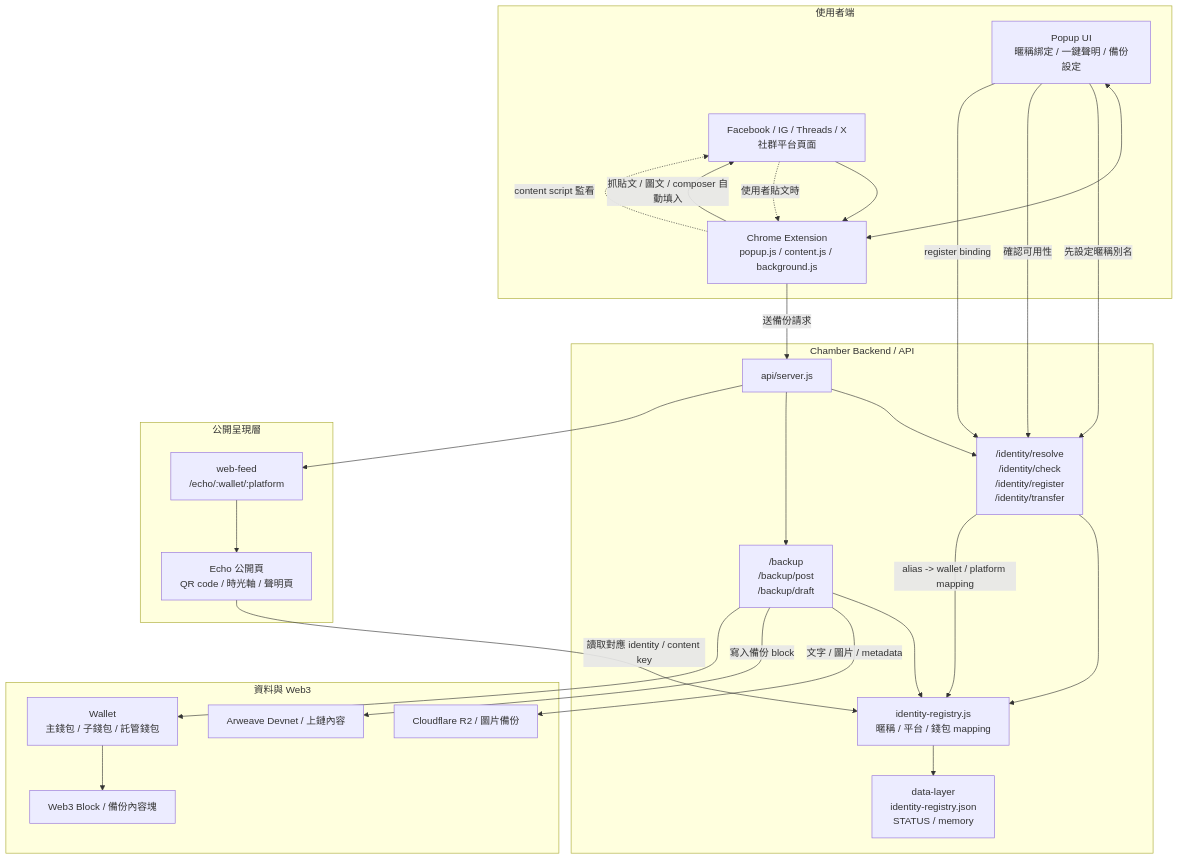
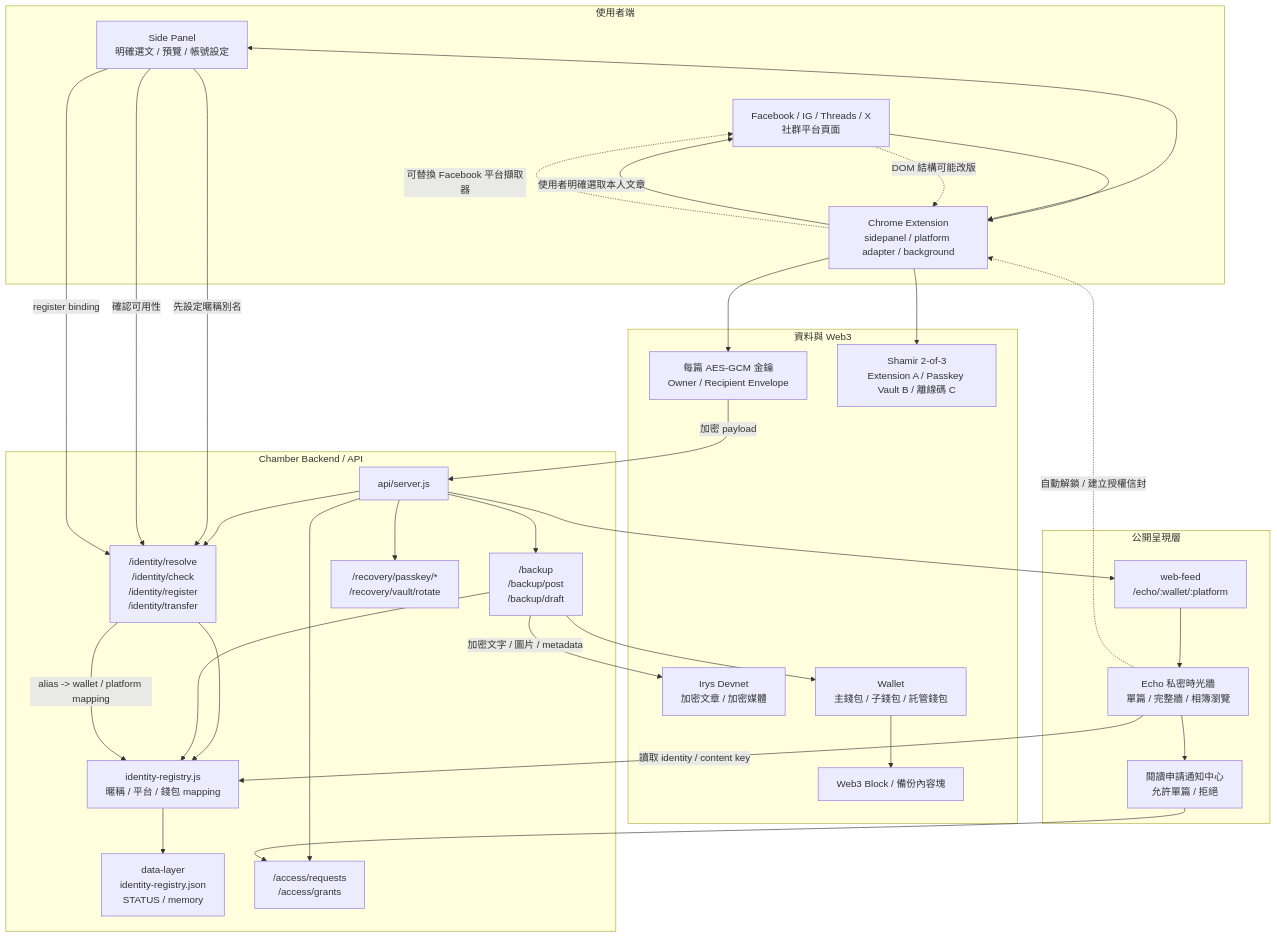
One commit to alston-personal/chamber changed the diagram in docs/architecture.md. Above: the diagram before and after it, drawn with Mermaid. The commit also changed other lines of this file and 41 other files, not shown here.

````diff
--- a/docs/architecture.md
+++ b/docs/architecture.md
@@ -7,56 +7,66 @@
 ```mermaid
 flowchart TB
   subgraph Client["使用者端"]
     FB["Facebook / IG / Threads / X<br/>社群平台頁面"]
-    EXT["Chrome Extension<br/>popup.js / content.js / background.js"]
-    UI["Popup UI<br/>暱稱綁定 / 一鍵聲明 / 備份設定"]
+    EXT["Chrome Extension<br/>sidepanel / platform adapter / background"]
+    UI["Side Panel<br/>明確選文 / 預覽 / 帳號設定"]
   end
 
   subgraph Backend["Chamber Backend / API"]
     API["api/server.js"]
     ID["identity-registry.js<br/>暱稱 / 平台 / 錢包 mapping"]
     STORE["data-layer<br/>identity-registry.json<br/>STATUS / memory"]
     RESOLVE["/identity/resolve<br/>/identity/check<br/>/identity/register<br/>/identity/transfer"]
     BACKUP["/backup<br/>/backup/post<br/>/backup/draft"]
+    ACCESS["/access/requests<br/>/access/grants"]
+    VAULT["/recovery/passkey/*<br/>/recovery/vault/rotate"]
   end
 
   subgraph Storage["資料與 Web3"]
-    R2["Cloudflare R2 / 圖片備份"]
-    ARW["Arweave Devnet / 上鏈內容"]
+    CRYPTO["每篇 AES-GCM 金鑰<br/>Owner / Recipient Envelope"]
+    RECOVERY["Shamir 2-of-3<br/>Extension A / Passkey Vault B / 離線碼 C"]
+    ARW["Irys Devnet<br/>加密文章 / 加密媒體"]
     WALLET["Wallet<br/>主錢包 / 子錢包 / 託管錢包"]
     REG["Web3 Block / 備份內容塊"]
   end
 
   subgraph Public["公開呈現層"]
     WEB["web-feed<br/>/echo/:wallet/:platform"]
-    ECHO["Echo 公開頁<br/>QR code / 時光軸 / 聲明頁"]
+    ECHO["Echo 私密時光牆<br/>單篇 / 完整牆 / 相簿瀏覽"]
+    INBOX["閱讀申請通知中心<br/>允許單篇 / 拒絕"]
   end
 
   FB --> EXT
   UI <---> EXT
 
-  EXT -->|抓貼文 / 圖文 / composer 自動填入| FB
-  EXT -->|送備份請求| API
+  EXT -->|使用者明確選取本人文章| FB
+  EXT --> CRYPTO
+  EXT --> RECOVERY
+  CRYPTO -->|加密 payload| API
   API --> RESOLVE
   API --> BACKUP
+  API --> ACCESS
+  API --> VAULT
   RESOLVE --> ID
   BACKUP --> ID
   ID --> STORE
 
-  BACKUP -->|文字 / 圖片 / metadata| R2
-  BACKUP -->|寫入備份 block| ARW
+  BACKUP -->|加密文字 / 圖片 / metadata| ARW
   BACKUP --> WALLET
   WALLET --> REG
 
   API --> WEB
   WEB --> ECHO
-  ECHO -->|讀取對應 identity / content key| ID
+  ECHO --> INBOX
+  INBOX --> ACCESS
+  ECHO -->|讀取 identity / content key| ID
+  ECHO -.->|自動解鎖 / 建立授權信封| EXT
 
   UI -->|先設定暱稱別名| RESOLVE
   UI -->|確認可用性| RESOLVE
   UI -->|register binding| RESOLVE
   RESOLVE -->|alias -> wallet / platform mapping| ID
 
-  FB -.->|使用者貼文時| EXT
-  EXT -.->|content script 監看| FB
+  FB -.->|DOM 結構可能改版| EXT
+  EXT -.->|可替換 Facebook 平台擷取器| FB
 ```
````
